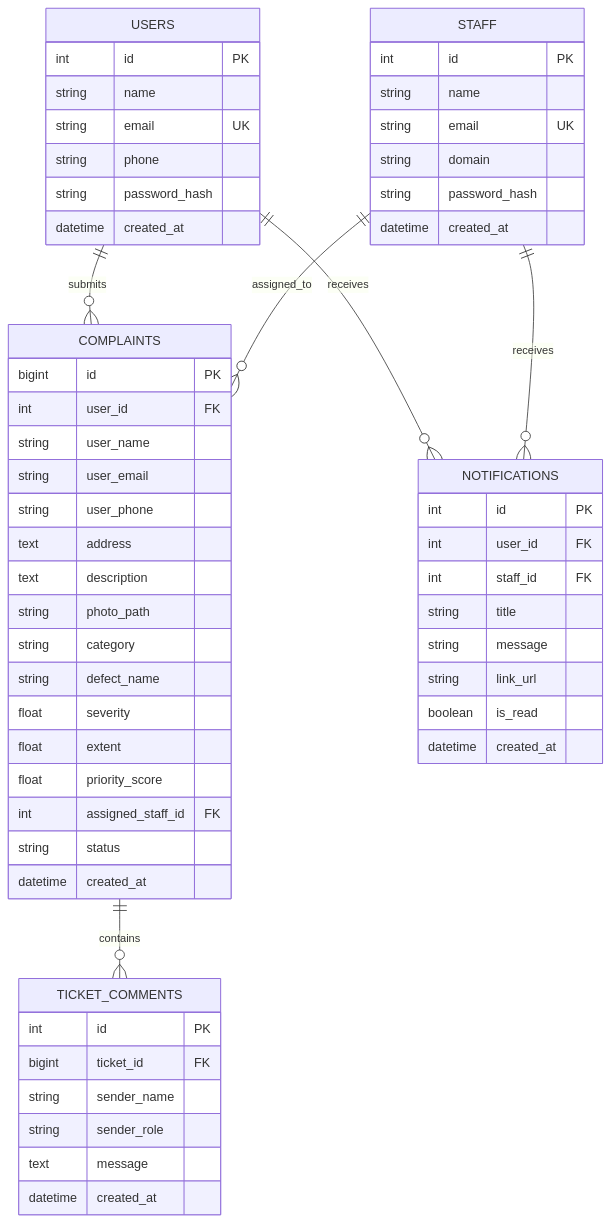
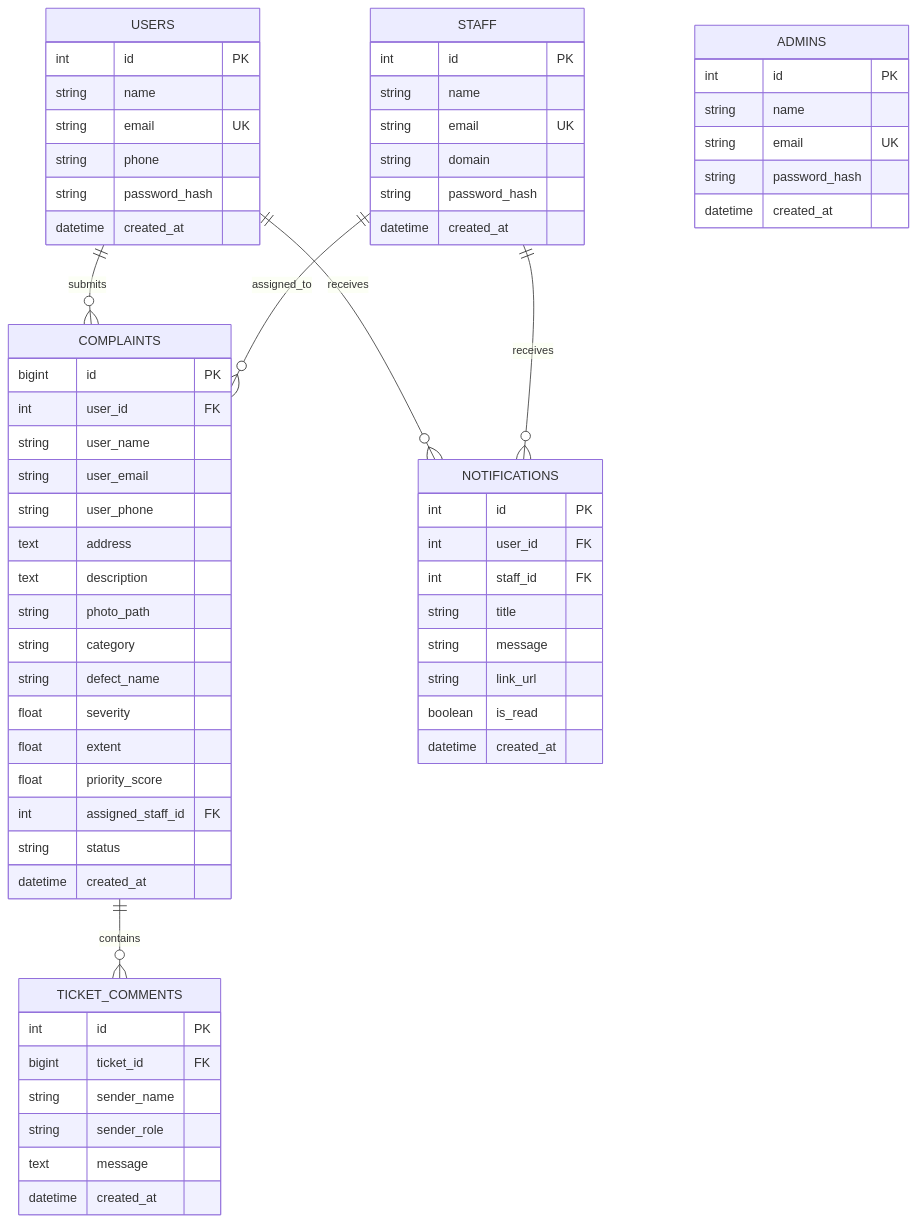
The fourth of 5 diagrams in docs/DESIGN_DOCUMENT.md (Bittu5134/InfraPulse), drawn with Mermaid before and after one commit. The commit also changed other lines of this file and 2 other files, not shown here.

Commit message:
docs: enrich README and design documentation with full suite of Mermaid architecture, sequence, state, ERD, and routing diagrams

````diff
--- a/docs/DESIGN_DOCUMENT.md
+++ b/docs/DESIGN_DOCUMENT.md
@@ -80,65 +124,73 @@
 ```mermaid
 erDiagram
     USERS ||--o{ COMPLAINTS : submits
     USERS ||--o{ NOTIFICATIONS : receives
     STAFF ||--o{ COMPLAINTS : assigned_to
     STAFF ||--o{ NOTIFICATIONS : receives
     COMPLAINTS ||--o{ TICKET_COMMENTS : contains
 
     USERS {
         int id PK
         string name
         string email UK
         string phone
         string password_hash
         datetime created_at
     }
 
     STAFF {
         int id PK
         string name
         string email UK
         string domain
+        string password_hash
+        datetime created_at
+    }
+
+    ADMINS {
+        int id PK
+        string name
+        string email UK
         string password_hash
         datetime created_at
     }
 
     COMPLAINTS {
         bigint id PK
         int user_id FK
         string user_name
         string user_email
         string user_phone
         text address
         text description
         string photo_path
         string category
         string defect_name
         float severity
         float extent
         float priority_score
         int assigned_staff_id FK
         string status
         datetime created_at
     }
 
     TICKET_COMMENTS {
         int id PK
         bigint ticket_id FK
         string sender_name
         string sender_role
         text message
         datetime created_at
     }
 
     NOTIFICATIONS {
         int id PK
         int user_id FK
         int staff_id FK
         string title
         string message
         string link_url
         boolean is_read
         datetime created_at
     }
 ```
````
